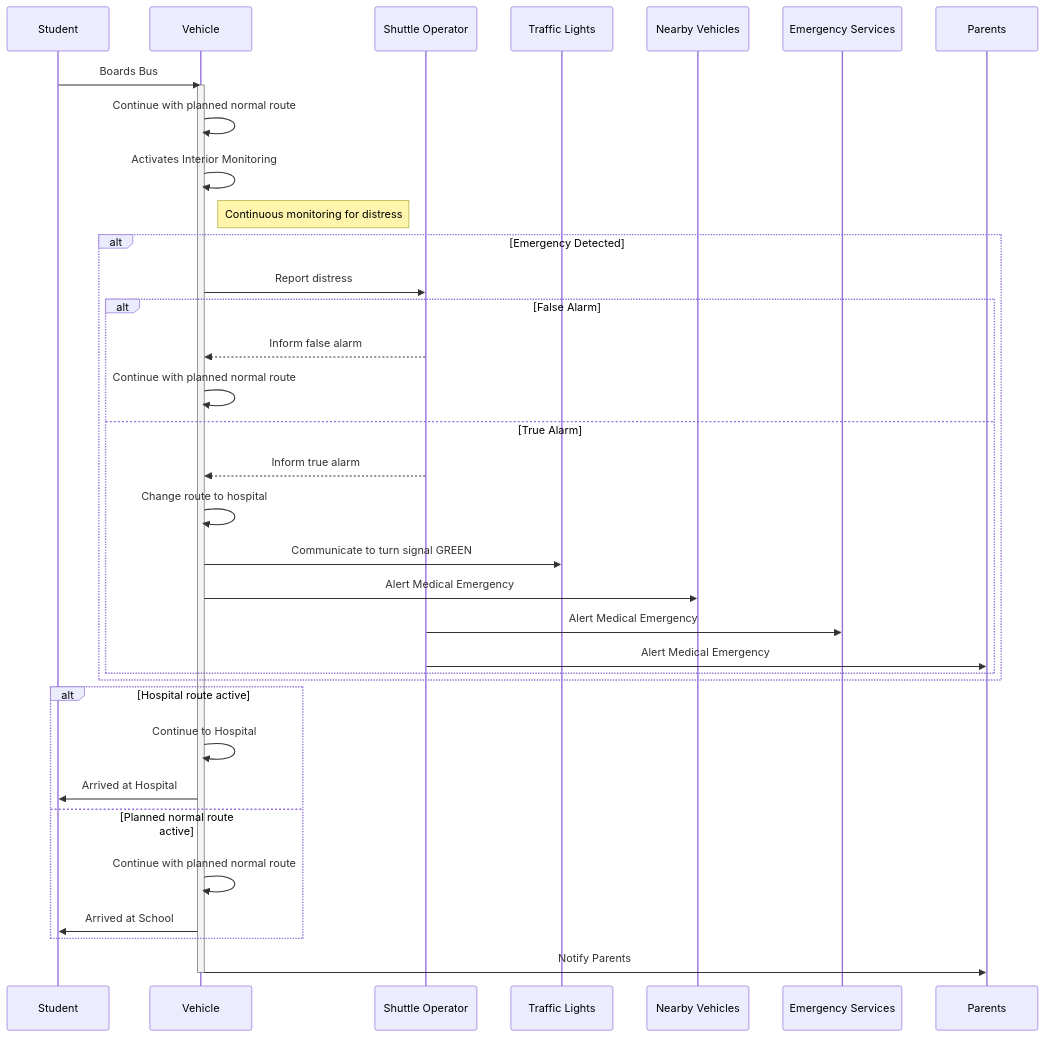
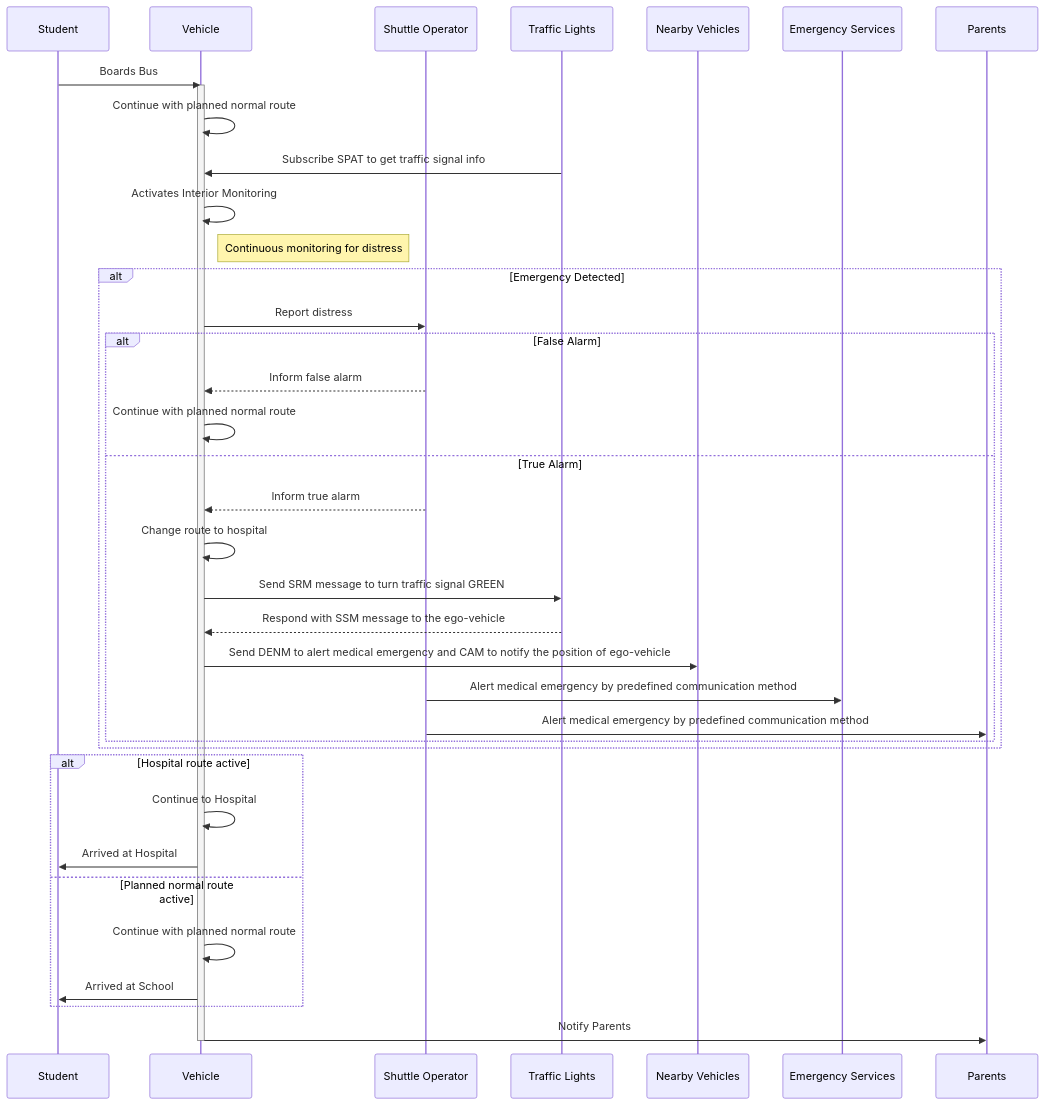
Before and after one commit to Jy-Lau/ad_system_main: the fourth of 4 diagrams in README.md, drawn with Mermaid.

````diff
--- a/README.md
+++ b/README.md
@@ -104,39 +104,41 @@
 ```mermaid
 sequenceDiagram
     participant Student
     participant Vehicle
     participant Shuttle Operator
     participant Traffic Lights
     participant Nearby Vehicles
     participant Emergency Services
     participant Parents
 
     Student->>Vehicle: Boards Bus
     activate Vehicle
     Vehicle->>Vehicle: Continue with planned normal route
+    Traffic Lights->>Vehicle: Subscribe SPAT to get traffic signal info
     Vehicle->>Vehicle: Activates Interior Monitoring
     note right of Vehicle: Continuous monitoring for distress
     alt Emergency Detected
         Vehicle->>Shuttle Operator: Report distress
         alt False Alarm
             Shuttle Operator-->>Vehicle: Inform false alarm
             Vehicle->>Vehicle: Continue with planned normal route
         else True Alarm
             Shuttle Operator-->>Vehicle: Inform true alarm
             Vehicle->>Vehicle: Change route to hospital
-            Vehicle->>Traffic Lights: Communicate to turn signal GREEN
-            Vehicle->>Nearby Vehicles: Alert Medical Emergency
-            Shuttle Operator->>Emergency Services: Alert Medical Emergency
-            Shuttle Operator->>Parents: Alert Medical Emergency
+            Vehicle->>Traffic Lights: Send SRM message to turn traffic signal GREEN
+            Traffic Lights-->>Vehicle: Respond with SSM message to the ego-vehicle
+            Vehicle->>Nearby Vehicles: Send DENM to alert medical emergency and CAM to notify the position of ego-vehicle
+            Shuttle Operator->>Emergency Services: Alert medical emergency by predefined communication method
+            Shuttle Operator->>Parents: Alert medical emergency by predefined communication method
         end
     end
     alt Hospital route active
         Vehicle->>Vehicle: Continue to Hospital
         Vehicle->>Student: Arrived at Hospital
     else Planned normal route active
         Vehicle->>Vehicle: Continue with planned normal route
         Vehicle->>Student: Arrived at School
     end
     Vehicle->>Parents: Notify Parents
     deactivate Vehicle
 ```
````
